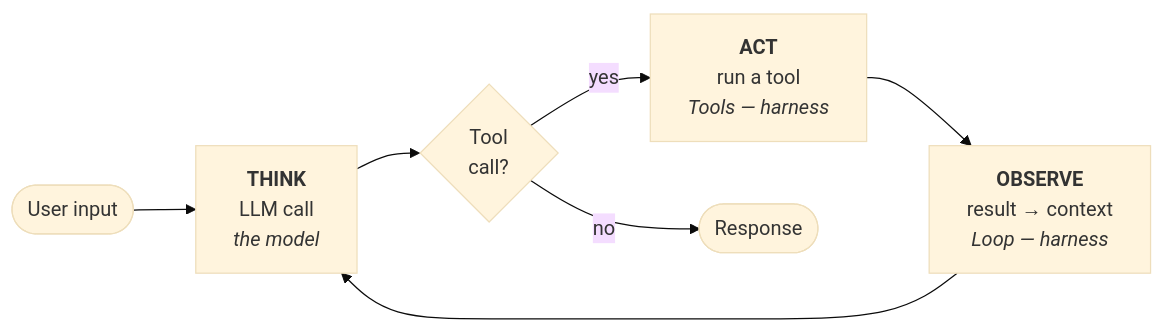
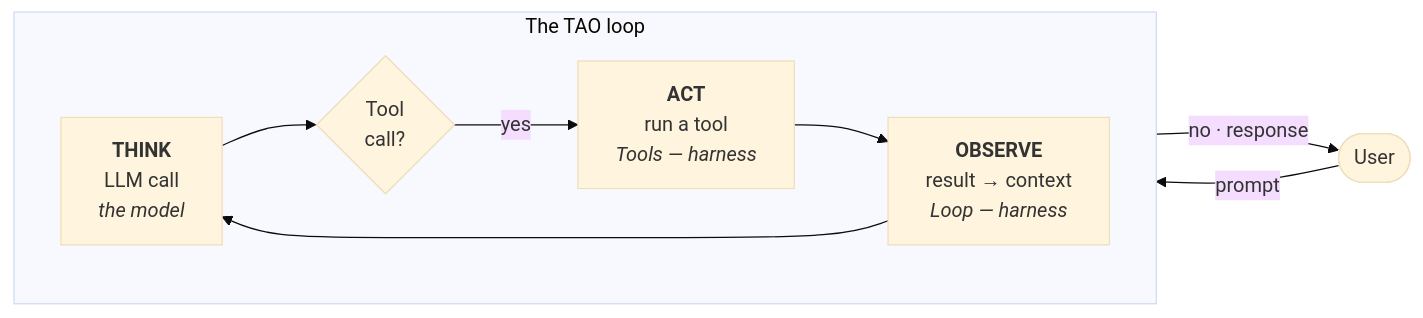
One commit to averagejoeslab/building-agents changed the third of 5 diagrams in presentation/slides.md. Above: the diagram before and after it, drawn with Mermaid (base theme).

Commit message:
presentation: M1 TAO diagram exits back to the User, not into a dangling Response
Restructure the diagram so the User is a single node on the left:
prompt flows out to the TAO loop subgraph on the right, and the
"no" branch (response) flows back to the same User node. Makes the
exit-the-loop-and-return-to-source flow visually intuitive.

The TAO loop is grouped inside its own subgraph so the four
internal steps (THINK · Tool? · ACT · OBSERVE) are clearly the
loop's interior, and the User is clearly outside it.

````diff
--- a/presentation/slides.md
+++ b/presentation/slides.md
@@ -443,9 +443,21 @@
 ```mermaid {scale: 0.5}
 flowchart LR
-    In(["User input"]) --> Think
-    Think["<b>THINK</b><br/>LLM call<br/><i>the model</i>"] --> Branch{Tool<br/>call?}
-    Branch -- yes --> Act["<b>ACT</b><br/>run a tool<br/><i>Tools — harness</i>"]
-    Act --> Observe["<b>OBSERVE</b><br/>result → context<br/><i>Loop — harness</i>"]
-    Observe --> Think
-    Branch -- no --> Out(["Response"])
+    User(["User"])
+
+    User -- prompt --> Think
+
+    subgraph TAO ["The TAO loop"]
+        direction LR
+        Think["<b>THINK</b><br/>LLM call<br/><i>the model</i>"]
+        Branch{Tool<br/>call?}
+        Act["<b>ACT</b><br/>run a tool<br/><i>Tools — harness</i>"]
+        Observe["<b>OBSERVE</b><br/>result → context<br/><i>Loop — harness</i>"]
+
+        Think --> Branch
+        Branch -- yes --> Act
+        Act --> Observe
+        Observe --> Think
+    end
+
+    Branch -- "no · response" --> User
 ```
````
